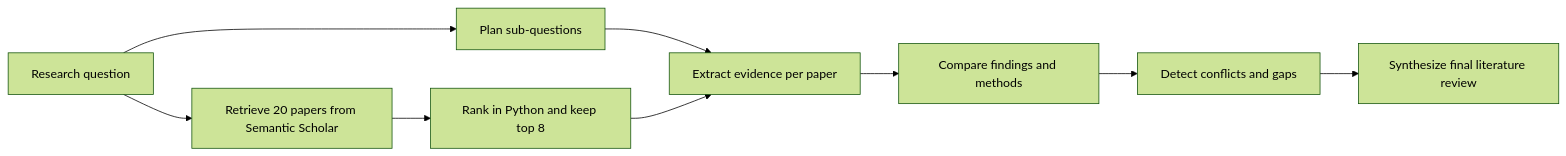
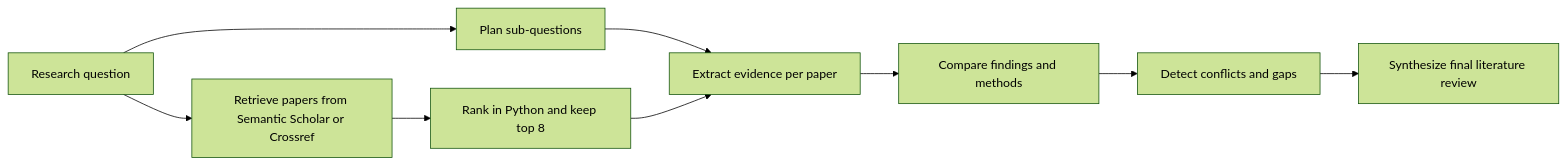
Before and after one commit to hritik-tiwari/literature-review-agent: the diagram in README.md, drawn with Mermaid (forest theme). The commit also changed other lines of this file and 5 other files, not shown here.

````diff
--- a/README.md
+++ b/README.md
@@ -30,11 +31,11 @@
 ```mermaid
 flowchart LR
     A["Research question"] --> B["Plan sub-questions"]
-    A --> C["Retrieve 20 papers from Semantic Scholar"]
+    A --> C["Retrieve papers from Semantic Scholar or Crossref"]
     C --> D["Rank in Python and keep top 8"]
     B --> E["Extract evidence per paper"]
     D --> E
     E --> F["Compare findings and methods"]
     F --> G["Detect conflicts and gaps"]
     G --> H["Synthesize final literature review"]
 ```
````
